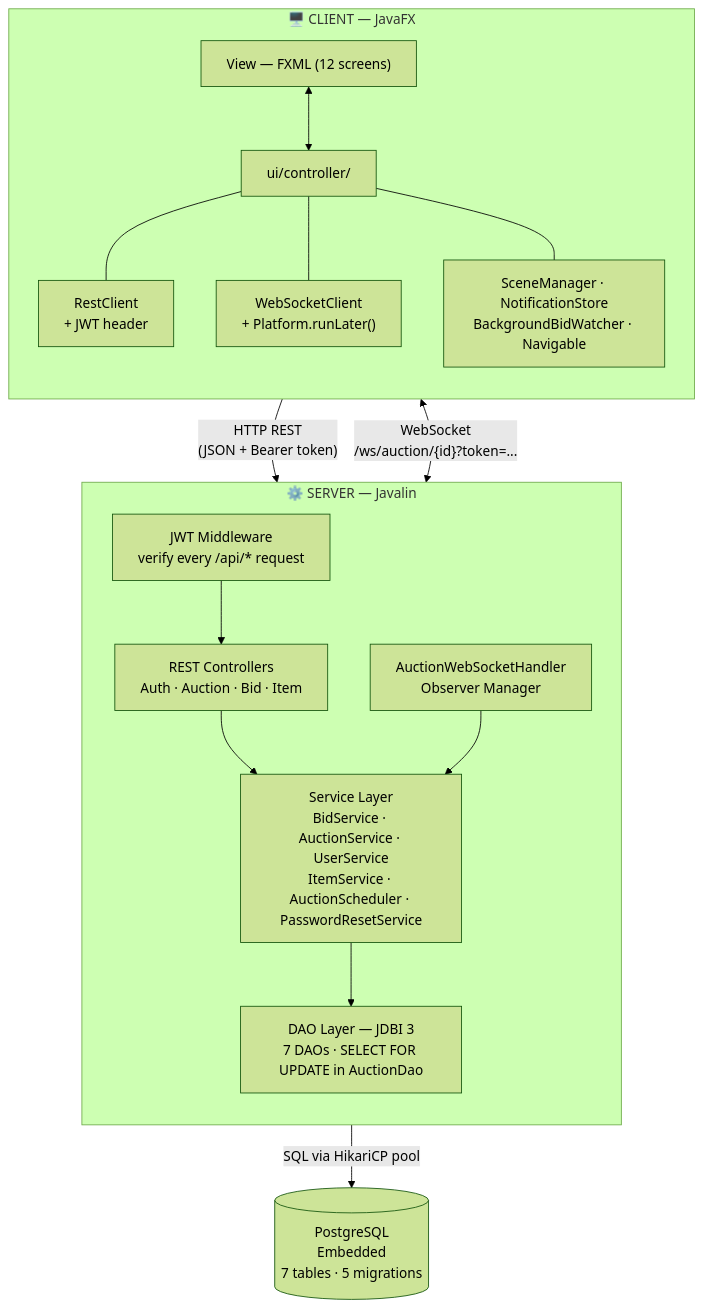
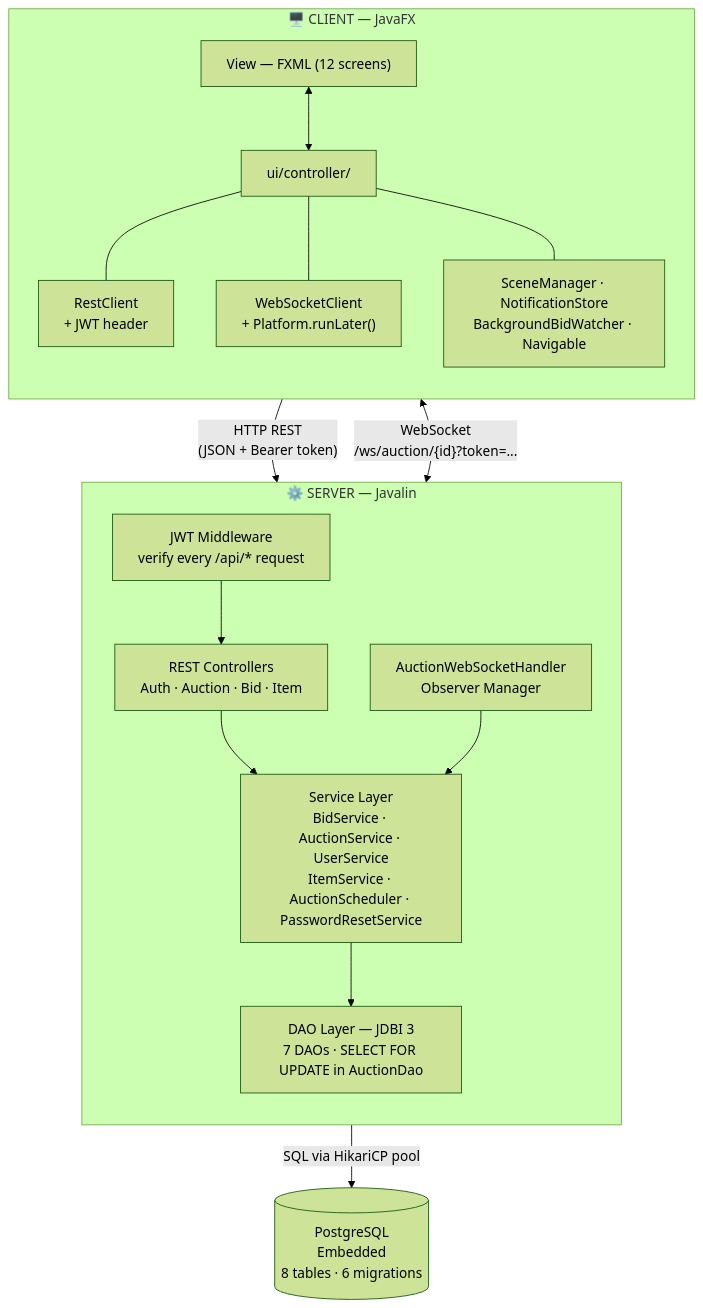
Before and after one commit to kieran-labs/oop-course-project-uet: the diagram in README.md, drawn with Mermaid (forest theme).

Commit message:
Update README with database migration details

````diff
--- a/README.md
+++ b/README.md
@@ -83,35 +83,35 @@
 ```mermaid
 graph TB
     subgraph CLIENT["🖥️  CLIENT — JavaFX"]
         direction TB
         FXML["View — FXML (12 screens)"]
         CTRL["ui/controller/"]
         RC["RestClient\n+ JWT header"]
         WSC["WebSocketClient\n+ Platform.runLater()"]
         UTIL["SceneManager · NotificationStore\nBackgroundBidWatcher · Navigable"]
 
         FXML <--> CTRL
         CTRL --- RC
         CTRL --- WSC
         CTRL --- UTIL
     end
 
     RC -->|"HTTP REST\n(JSON + Bearer token)"| JWT
     WSC <-->|"WebSocket\n/ws/auction/{id}?token=..."| WSH
 
     subgraph SERVER["⚙️  SERVER — Javalin"]
         direction TB
         JWT["JWT Middleware\nverify every /api/* request"]
         REST["REST Controllers\nAuth · Auction · Bid · Item"]
         WSH["AuctionWebSocketHandler\nObserver Manager"]
         SVC["Service Layer\nBidService · AuctionService · UserService\nItemService · AuctionScheduler · PasswordResetService"]
         DAO["DAO Layer — JDBI 3\n7 DAOs · SELECT FOR UPDATE in AuctionDao"]
 
         JWT --> REST
         REST --> SVC
         WSH --> SVC
         SVC --> DAO
     end
 
-    DAO -->|"SQL via HikariCP pool"| DB[("PostgreSQL\nEmbedded\n7 tables · 5 migrations")]
+    DAO -->|"SQL via HikariCP pool"| DB[("PostgreSQL\nEmbedded\n8 tables · 6 migrations")]
 ```
````
